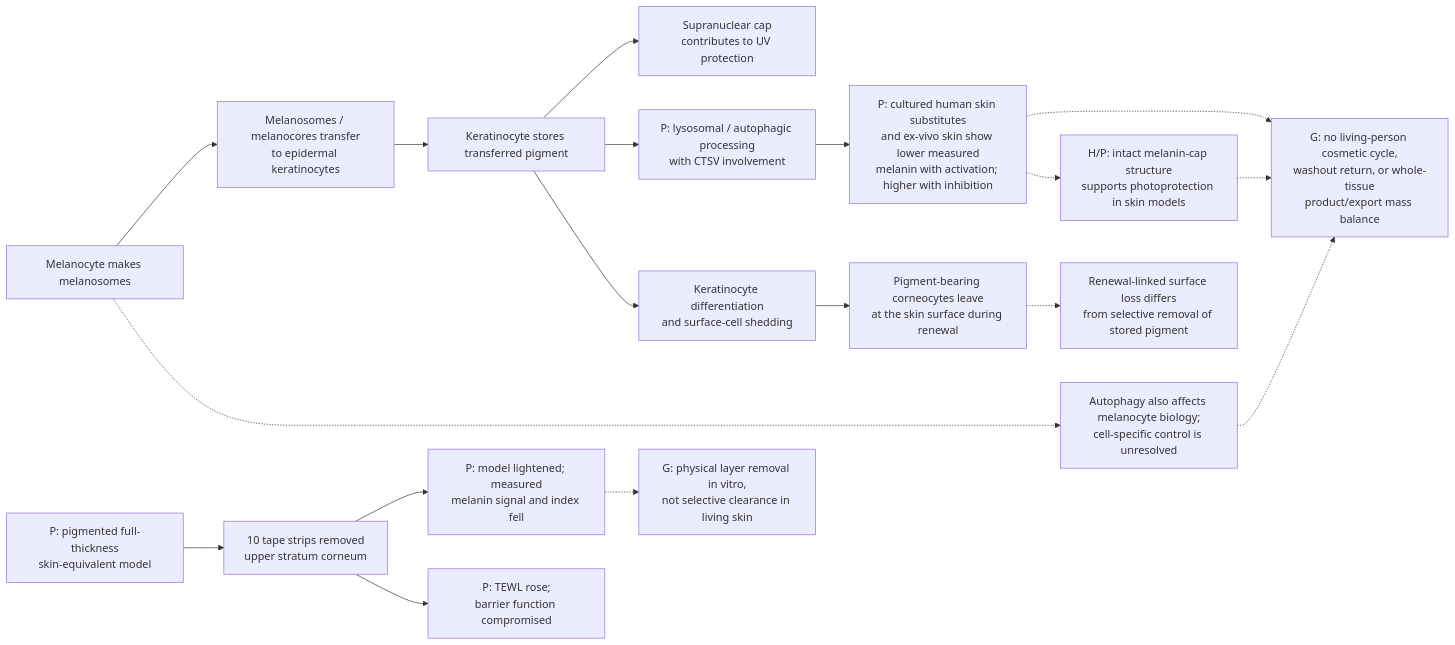
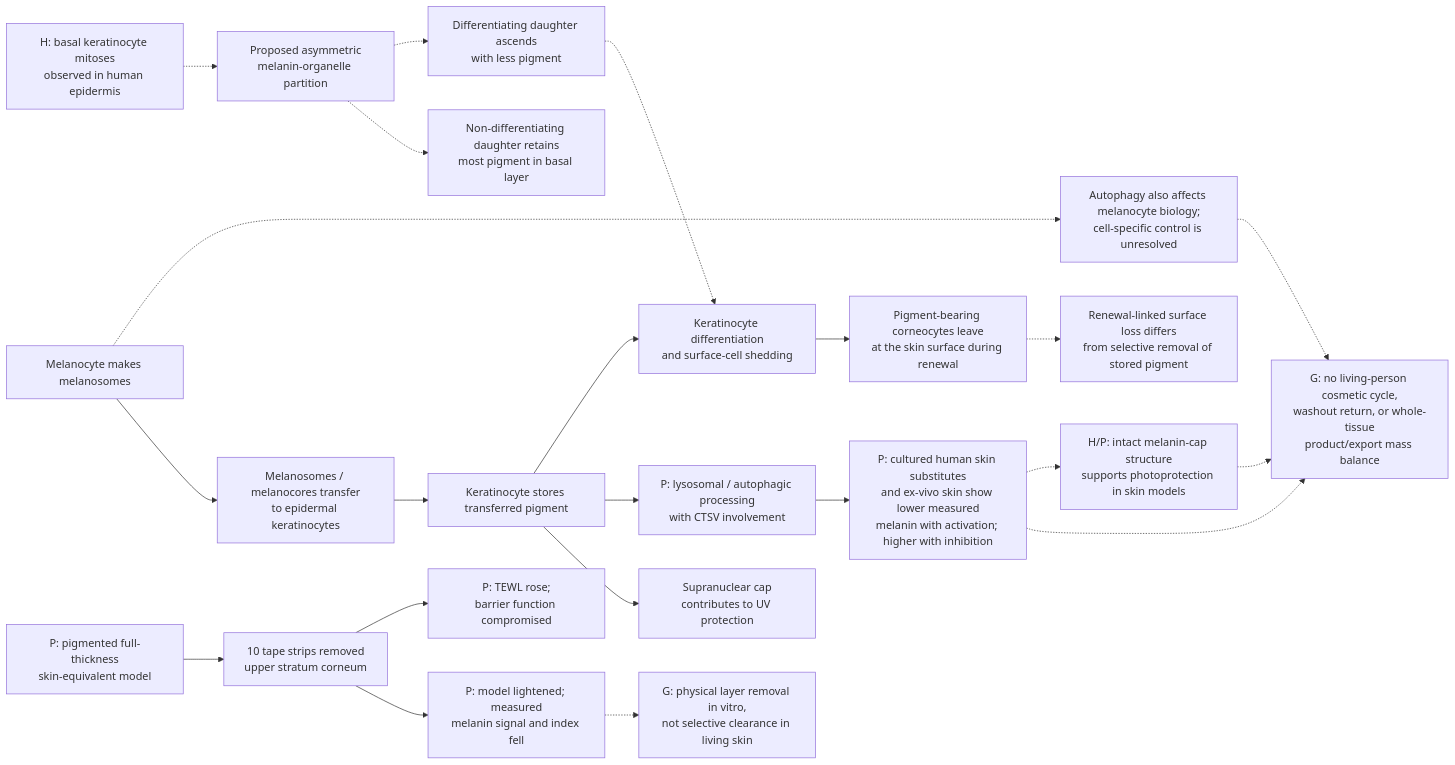
One commit to dylanstechmann/iris-color-without-contacts changed the seventh of 30 diagrams in research/tissue-pigment-atlas.md. Above: the diagram before and after it, drawn with Mermaid. The commit also changed other lines of this file, not shown here.

Commit message:
Add competing epidermal melanin-fate model

````diff
--- a/research/tissue-pigment-atlas.md
+++ b/research/tissue-pigment-atlas.md
@@ -191,20 +191,24 @@
 ```mermaid
 flowchart LR
     M["Melanocyte makes melanosomes"] --> T["Melanosomes / melanocores transfer<br/>to epidermal keratinocytes"]
     T --> K["Keratinocyte stores transferred pigment"]
     K --> C["Supranuclear cap<br/>contributes to UV protection"]
     K --> A["P: lysosomal / autophagic processing<br/>with CTSV involvement"]
     A --> R["P: cultured human skin substitutes<br/>and ex-vivo skin show lower measured<br/>melanin with activation; higher with inhibition"]
     K --> S["Keratinocyte differentiation<br/>and surface-cell shedding"]
     S --> O["Pigment-bearing corneocytes leave<br/>at the skin surface during renewal"]
+    BASAL["H: basal keratinocyte mitoses<br/>observed in human epidermis"] -.-> PART["Proposed asymmetric<br/>melanin-organelle partition"]
+    PART -.-> RETAIN["Non-differentiating daughter retains<br/>most pigment in basal layer"]
+    PART -.-> ASCEND["Differentiating daughter ascends<br/>with less pigment"]
+    ASCEND -.-> S
     HSE["P: pigmented full-thickness<br/>skin-equivalent model"] --> STRIP["10 tape strips removed<br/>upper stratum corneum"]
     STRIP --> STRIP_OUT["P: model lightened; measured<br/>melanin signal and index fell"]
     STRIP --> TEWL["P: TEWL rose;<br/>barrier function compromised"]
     STRIP_OUT -.-> STRIP_GAP["G: physical layer removal in vitro,<br/>not selective clearance in living skin"]
     R -.-> F["G: no living-person cosmetic cycle,<br/>washout return, or whole-tissue<br/>product/export mass balance"]
     R -.-> P["H/P: intact melanin-cap structure<br/>supports photoprotection in skin models"]
     P -.-> F
     M -.-> B["Autophagy also affects melanocyte biology;<br/>cell-specific control is unresolved"]
     B -.-> F
     O -.-> X["Renewal-linked surface loss differs<br/>from selective removal of stored pigment"]
 ```
````
